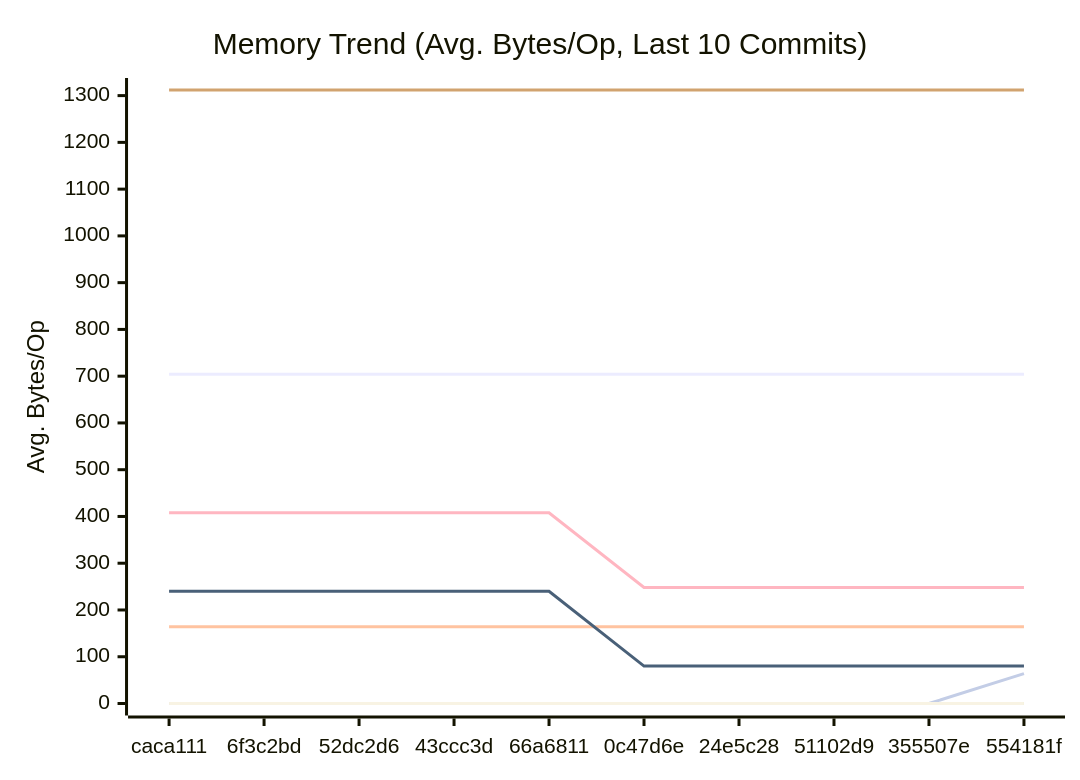
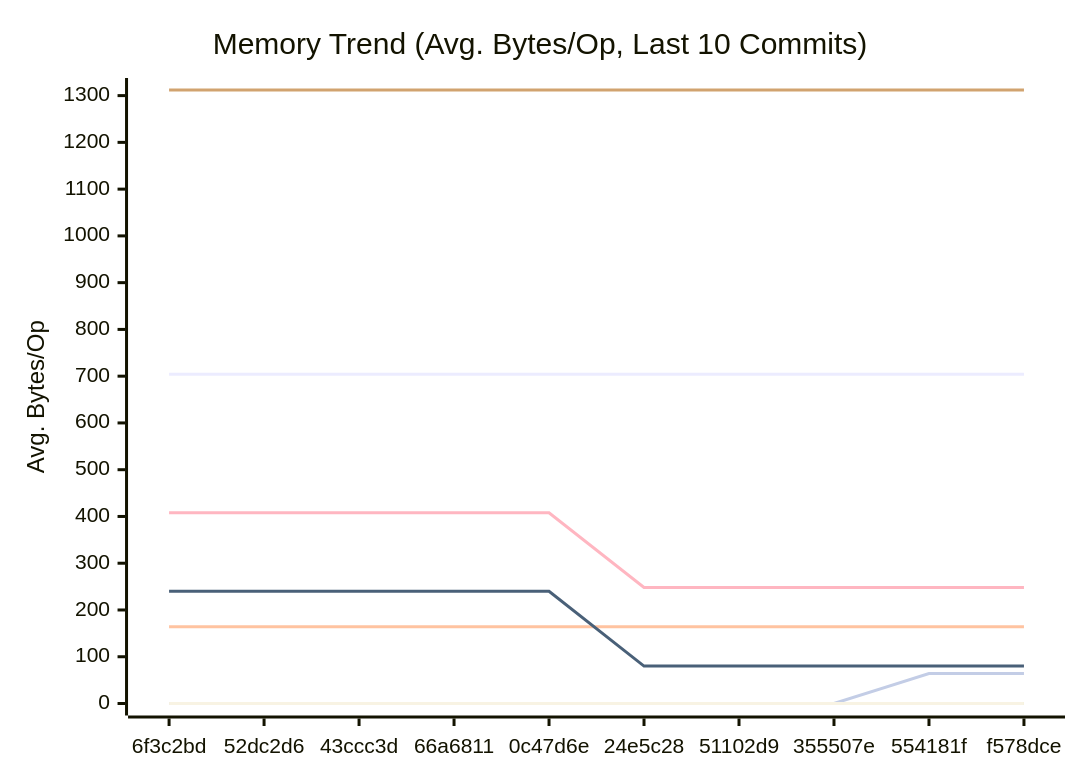
Before and after one commit to alsotoes/momo: the second of 3 diagrams in docs/PERFORMANCE.md, drawn with Mermaid. The commit also changed other lines of this file and 2 other files, not shown here.

Commit message:
docs: document PadString fixed-width panic contract (#608)

````diff
--- a/docs/PERFORMANCE.md
+++ b/docs/PERFORMANCE.md
@@ -154,18 +152,18 @@
 ```mermaid
 xychart-beta
     title "Memory Trend (Avg. Bytes/Op, Last 10 Commits)"
     x-axis "Commit"
     y-axis "Avg. Bytes/Op"
-    x-axis [caca111,6f3c2bd,52dc2d6,43ccc3d,66a6811,0c47d6e,24e5c28,51102d9,355507e,554181f]
+    x-axis [6f3c2bd,52dc2d6,43ccc3d,66a6811,0c47d6e,24e5c28,51102d9,355507e,554181f,f578dce]
     line "CheckMetricsAndSwap" [0,0,0,0,0,0,0,0,0,0]
     line "CrushOptimized" [0,0,0,0,0,0,0,0,0,0]
     line "CrushOriginal" [164,164,164,164,164,164,164,164,164,164]
     line "IndexDirectTracking" [0,0,0,0,0,0,0,0,0,0]
     line "IndexSearch" [0,0,0,0,0,0,0,0,0,0]
     line "LoadGlobalConfig" [1312,1312,1312,1312,1312,1312,1312,1312,1312,1312]
-    line "PadString" [0,0,0,0,0,0,0,0,0,64]
+    line "PadString" [0,0,0,0,0,0,0,0,64,64]
     line "ParseReplicationOrder_NoPrealloc" [408,408,408,408,408,248,248,248,248,248]
     line "ParseReplicationOrder_Prealloc" [240,240,240,240,240,80,80,80,80,80]
     line "SanitizeLog/Safe" [0,0,0,0,0,0,0,0,0,0]
     line "SanitizeLog/Unsafe" [704,704,704,704,704,704,704,704,704,704]
 ```
````
